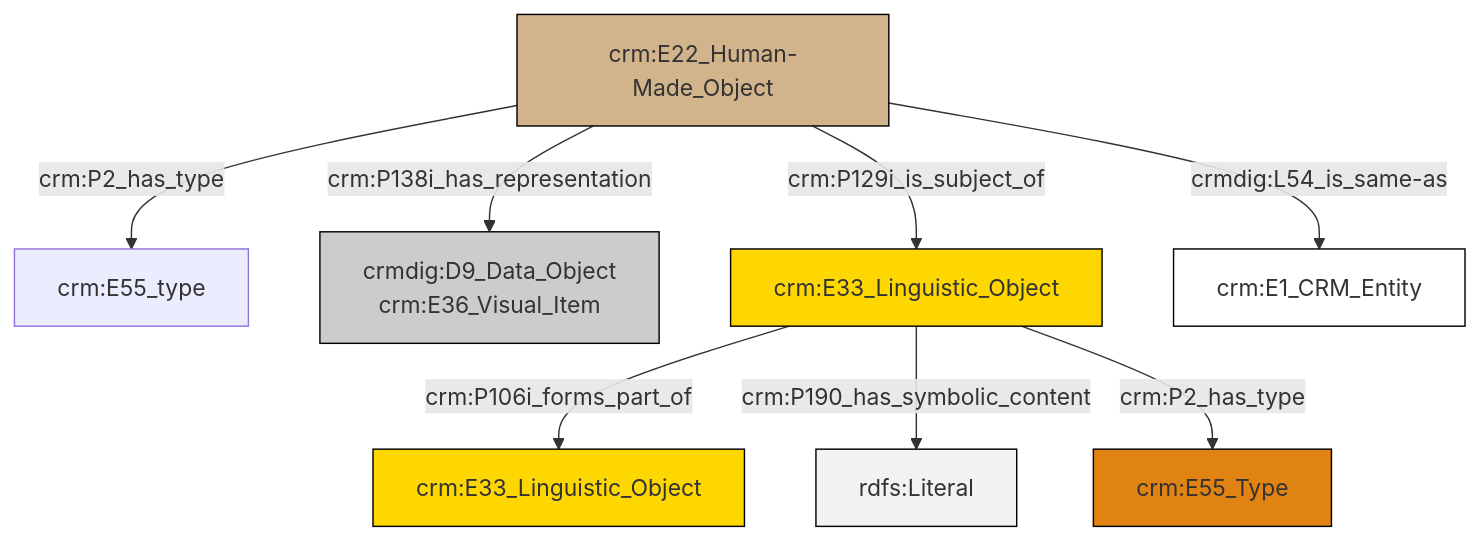
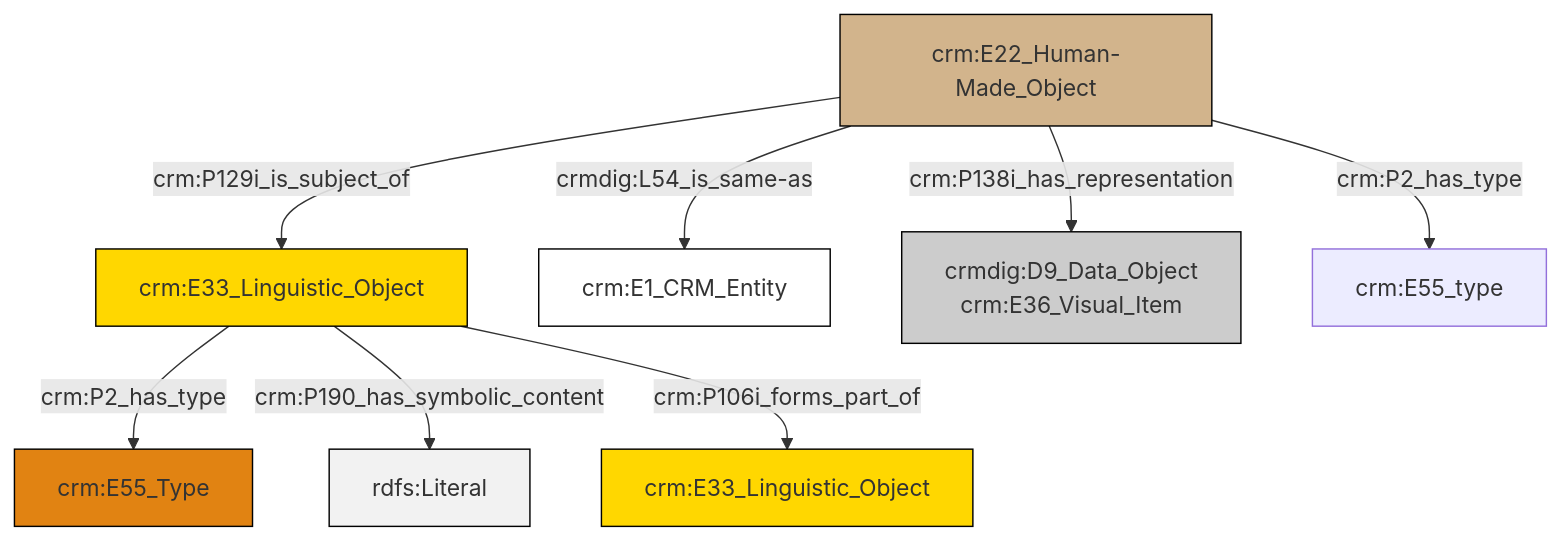
Before and after one commit to swiss-art-research-net/reference-data-models: the diagram in et/artworkCSV/ttl/mmd/Artwork_Documentation.ttl.mmd, drawn with Mermaid. The commit also changed 128 other files, not shown here.

```diff
--- a/et/artworkCSV/ttl/mmd/Artwork_Documentation.ttl.mmd
+++ b/et/artworkCSV/ttl/mmd/Artwork_Documentation.ttl.mmd
@@ -1,22 +1,22 @@
 graph TD
 classDef Literal fill:#f2f2f2,stroke:#000000;
 classDef CRM_Entity fill:#FFFFFF,stroke:#000000;
 classDef Temporal_Entity fill:#00C9E6, stroke:#000000;
 classDef Type fill:#E18312, stroke:#000000;
 classDef Time-Span fill:#2C9C91, stroke:#000000;
 classDef Appellation fill:#FFEB7F, stroke:#000000;
 classDef Place fill:#008836, stroke:#000000;
 classDef Persistent_Item fill:#B266B2, stroke:#000000;
 classDef Conceptual_Object fill:#FFD700, stroke:#000000;
 classDef Physical_Thing fill:#D2B48C, stroke:#000000;
 classDef Actor fill:#f58aad, stroke:#000000;
 classDef PC_Classes fill:#4ce600, stroke:#000000;
 classDef Multi fill:#cccccc,stroke:#000000;
 
-0["crm:E22_Human-Made_Object"]:::Physical_Thing -->|crm:P2_has_type| 1["crm:E55_type"]:::Default
-6["crm:E33_Linguistic_Object"]:::Conceptual_Object -->|crm:P106i_forms_part_of| 7["crm:E33_Linguistic_Object"]:::Conceptual_Object
-0["crm:E22_Human-Made_Object"]:::Physical_Thing -->|crm:P138i_has_representation| 4["crmdig:D9_Data_Object<br>crm:E36_Visual_Item"]:::Multi
-0["crm:E22_Human-Made_Object"]:::Physical_Thing -->|crmdig:L54_is_same-as| 11["crm:E1_CRM_Entity"]:::CRM_Entity
-6["crm:E33_Linguistic_Object"]:::Conceptual_Object -->|crm:P190_has_symbolic_content| 12[rdfs:Literal]:::Literal
-0["crm:E22_Human-Made_Object"]:::Physical_Thing -->|crm:P129i_is_subject_of| 6["crm:E33_Linguistic_Object"]:::Conceptual_Object
-6["crm:E33_Linguistic_Object"]:::Conceptual_Object -->|crm:P2_has_type| 2["crm:E55_Type"]:::Type
+0["crm:E33_Linguistic_Object"]:::Conceptual_Object -->|crm:P2_has_type| 1["crm:E55_Type"]:::Type
+4["crm:E22_Human-Made_Object"]:::Physical_Thing -->|crm:P138i_has_representation| 5["crmdig:D9_Data_Object<br>crm:E36_Visual_Item"]:::Multi
+4["crm:E22_Human-Made_Object"]:::Physical_Thing -->|crmdig:L54_is_same-as| 2["crm:E1_CRM_Entity"]:::CRM_Entity
+4["crm:E22_Human-Made_Object"]:::Physical_Thing -->|crm:P2_has_type| 9["crm:E55_type"]:::Default
+0["crm:E33_Linguistic_Object"]:::Conceptual_Object -->|crm:P190_has_symbolic_content| 10[rdfs:Literal]:::Literal
+4["crm:E22_Human-Made_Object"]:::Physical_Thing -->|crm:P129i_is_subject_of| 0["crm:E33_Linguistic_Object"]:::Conceptual_Object
+0["crm:E33_Linguistic_Object"]:::Conceptual_Object -->|crm:P106i_forms_part_of| 7["crm:E33_Linguistic_Object"]:::Conceptual_Object
```
